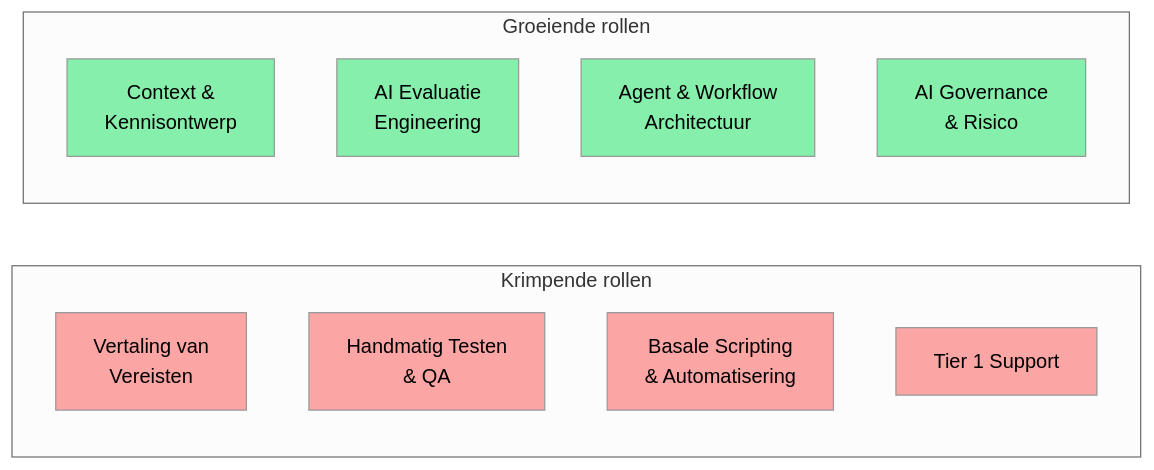
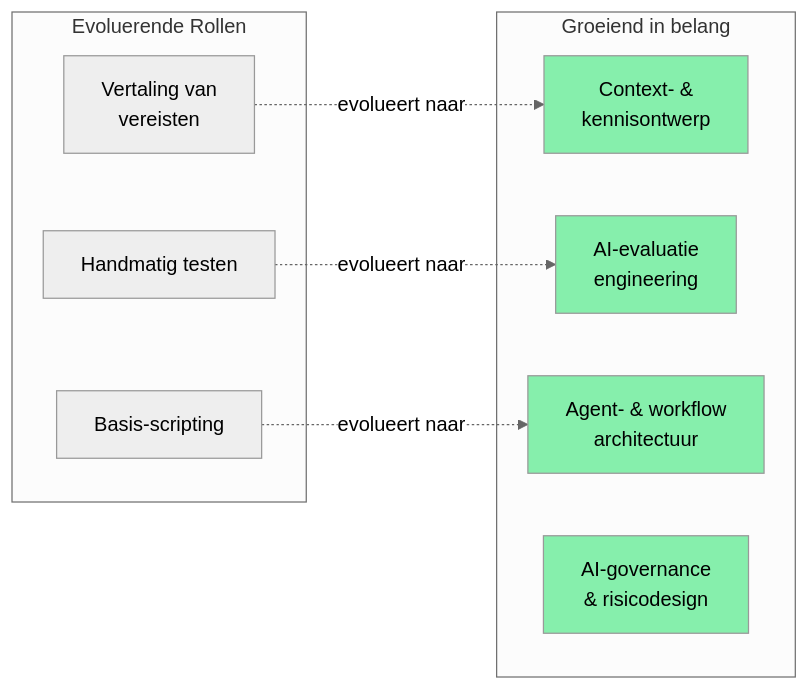
Before and after one commit to fps4/web-faridgurbanov: the fourth of 4 diagrams in src/content/nl/blog/it-org-ai-transformation.md, drawn with Mermaid (neutral theme). The commit also changed other lines of this file and 13 other files, not shown here.

````diff
--- a/src/content/nl/blog/it-org-ai-transformation.md
+++ b/src/content/nl/blog/it-org-ai-transformation.md
@@ -140,25 +139,24 @@
 ```mermaid
 flowchart LR
-    subgraph "Krimpende rollen"
-        A["Vertaling van\nVereisten"]
-        B["Handmatig Testen\n& QA"]
-        C["Basale Scripting\n& Automatisering"]
-        D["Tier 1 Support"]
+    subgraph "Evoluerende Rollen"
+        A["Vertaling van\nvereisten"]
+        B["Handmatig testen"]
+        C["Basis-scripting"]
     end
 
-    subgraph "Groeiende rollen"
-        E["Context &\nKennisontwerp"]
-        F["AI Evaluatie\nEngineering"]
-        G["Agent & Workflow\nArchitectuur"]
-        H["AI Governance\n& Risico"]
+    subgraph "Groeiend in belang"
+        D["Context- &\nkennisontwerp"]
+        E["AI-evaluatie\nengineering"]
+        F["Agent- & workflow\narchitectuur"]
+        G["AI-governance\n& risicodesign"]
     end
 
-    style A fill:#fca5a5
-    style B fill:#fca5a5
-    style C fill:#fca5a5
-    style D fill:#fca5a5
-    style E fill:#86efac
-    style F fill:#86efac
-    style G fill:#86efac
-    style H fill:#86efac
+    A -.->|"evolueert naar"| D
+    B -.->|"evolueert naar"| E
+    C -.->|"evolueert naar"| F
+
+    style D fill:#86efac,color:#000
+    style E fill:#86efac,color:#000
+    style F fill:#86efac,color:#000
+    style G fill:#86efac,color:#000
 ```
````
